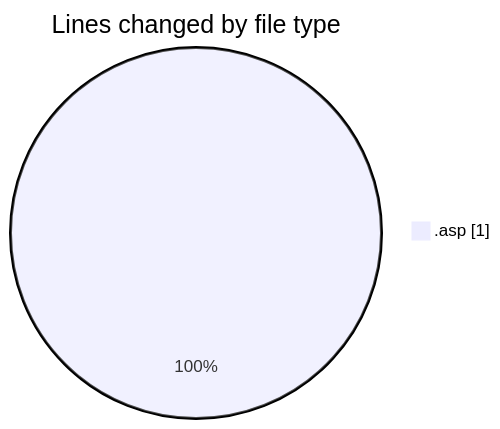
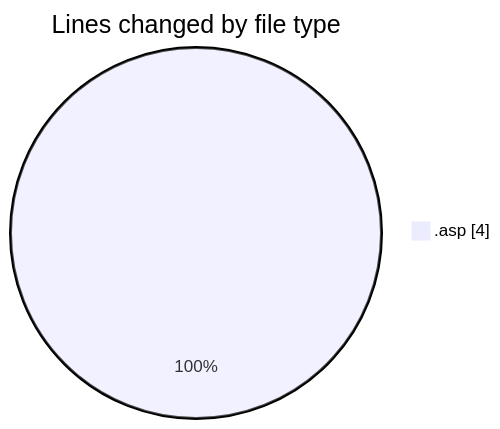
The first of 2 diagrams in 2025-11-06/cdp_aleoudev_fr__workspace_/README.md (julien-gomy/code-tracking), drawn with Mermaid before and after one commit. The commit also changed other lines of this file and 1 other file, not shown here.

````diff
--- a/2025-11-06/cdp_aleoudev_fr__workspace_/README.md
+++ b/2025-11-06/cdp_aleoudev_fr__workspace_/README.md
@@ -20,5 +20,5 @@
 ```mermaid
 pie showData
 title Lines changed by file type
-".asp" : 1
+".asp" : 4
 ```
````
